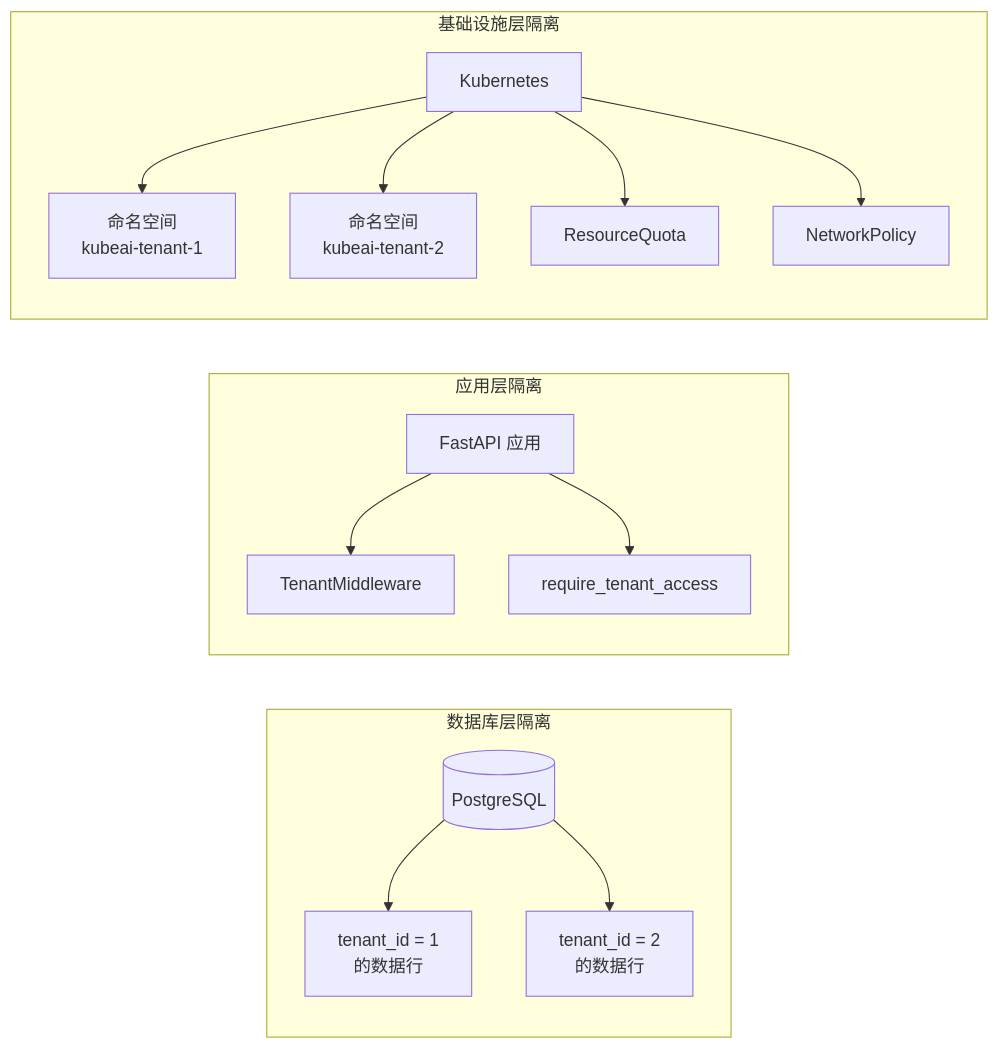
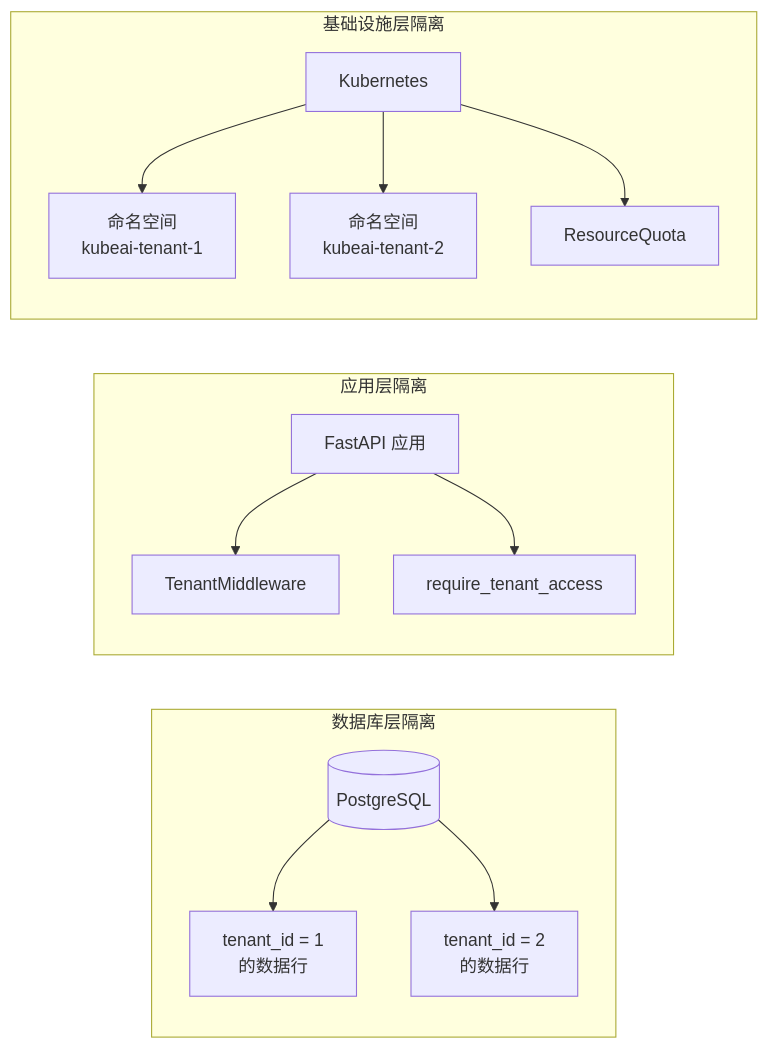
Before and after one commit to noimank/KubeAI: the first of 2 diagrams in docs/architecture/multi-tenancy.md, drawn with Mermaid. The commit also changed other lines of this file and 20 other files, not shown here.

First line of the commit message:
♻️ refactor: 移除租户 NetworkPolicy 网络隔离

````diff
--- a/docs/architecture/multi-tenancy.md
+++ b/docs/architecture/multi-tenancy.md
@@ -7,22 +7,21 @@
 ```mermaid
 graph LR
     subgraph "数据库层隔离"
         DB[(PostgreSQL)]
         DB --> T1[tenant_id = 1<br/>的数据行]
         DB --> T2[tenant_id = 2<br/>的数据行]
     end
 
     subgraph "应用层隔离"
         APP[FastAPI 应用]
         APP --> TM[TenantMiddleware]
         APP --> TD[require_tenant_access]
     end
 
     subgraph "基础设施层隔离"
         K8S[Kubernetes]
         K8S --> NS1[命名空间<br/>kubeai-tenant-1]
         K8S --> NS2[命名空间<br/>kubeai-tenant-2]
         K8S --> RQ1[ResourceQuota]
-        K8S --> NP1[NetworkPolicy]
     end
 ```
````
